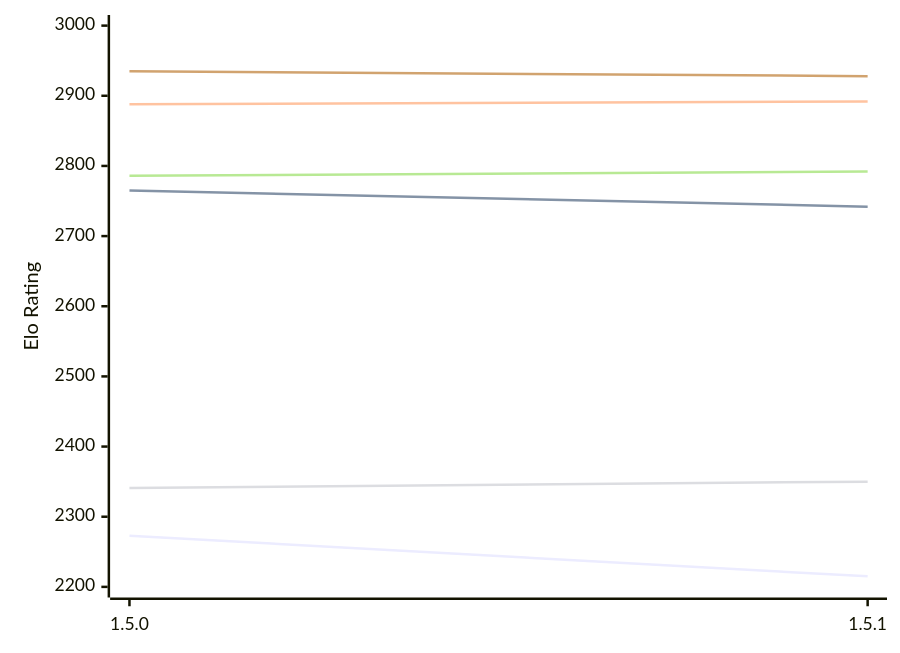
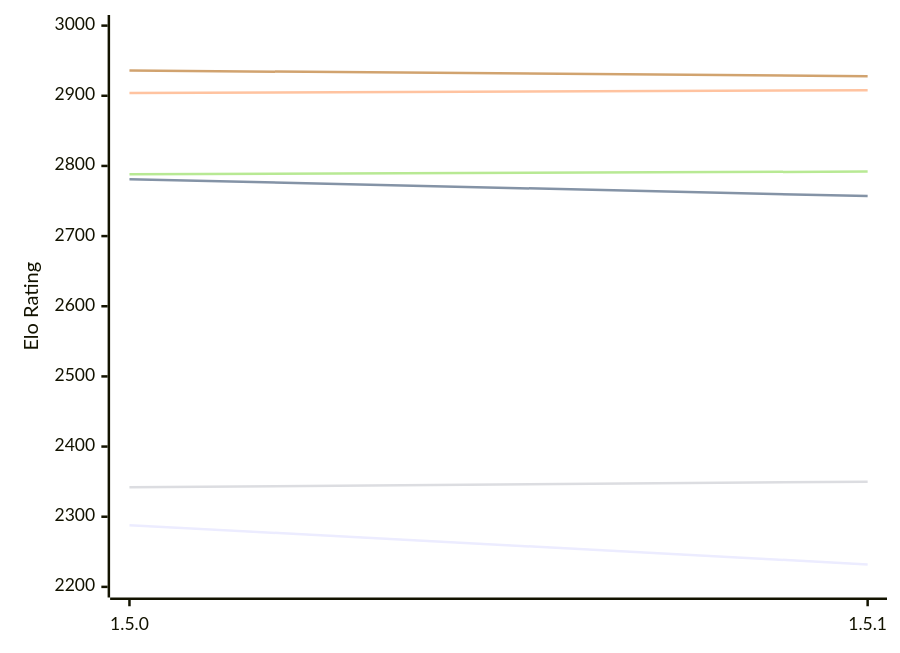
Before and after one commit to computer-chess-index/cci: the first of 2 diagrams in engines/Coco.md, drawn with Mermaid. The commit also changed other lines of this file, not shown here.

Commit message:
Update CCI Ratings (ELO VLTC) - 2026-11-11

````diff
--- a/engines/Coco.md
+++ b/engines/Coco.md
@@ -50,12 +50,12 @@
 ```mermaid
 %%{init: {"theme":"base","themeVariables":{"seriesColors:['#a3a3a3','#222221','#faa371']}}}%%
 xychart-beta
   x-axis ["1.5.0", "1.5.1"]
   y-axis "Elo Rating" 2200 --> 3000
-  line "E1: STC (8.0+0.08s)" [2273, 2215]
-  line "E1: LTC (60.0+0.60s)" [2765, 2742]
-  line "E1: VLTC (2m24s+1.12s)" [2888, 2892]
-  line "P1: STC (8.0+0.08s)" [2341, 2350]
-  line "P1: LTC (60.0+0.60s)" [2786, 2792]
-  line "P1: VLTC (2m24s+1.12s)" [2935, 2928]
+  line "E1: STC (8.0+0.08s)" [2288, 2232]
+  line "E1: LTC (60.0+0.60s)" [2781, 2757]
+  line "E1: VLTC (2m24s+1.12s)" [2904, 2908]
+  line "P1: STC (8.0+0.08s)" [2342, 2350]
+  line "P1: LTC (60.0+0.60s)" [2788, 2792]
+  line "P1: VLTC (2m24s+1.12s)" [2936, 2928]
 ```
````
